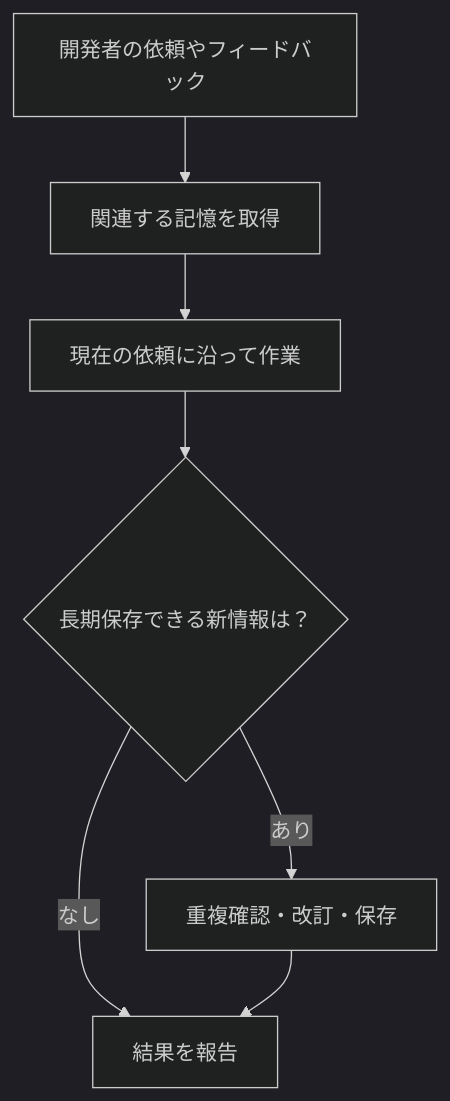
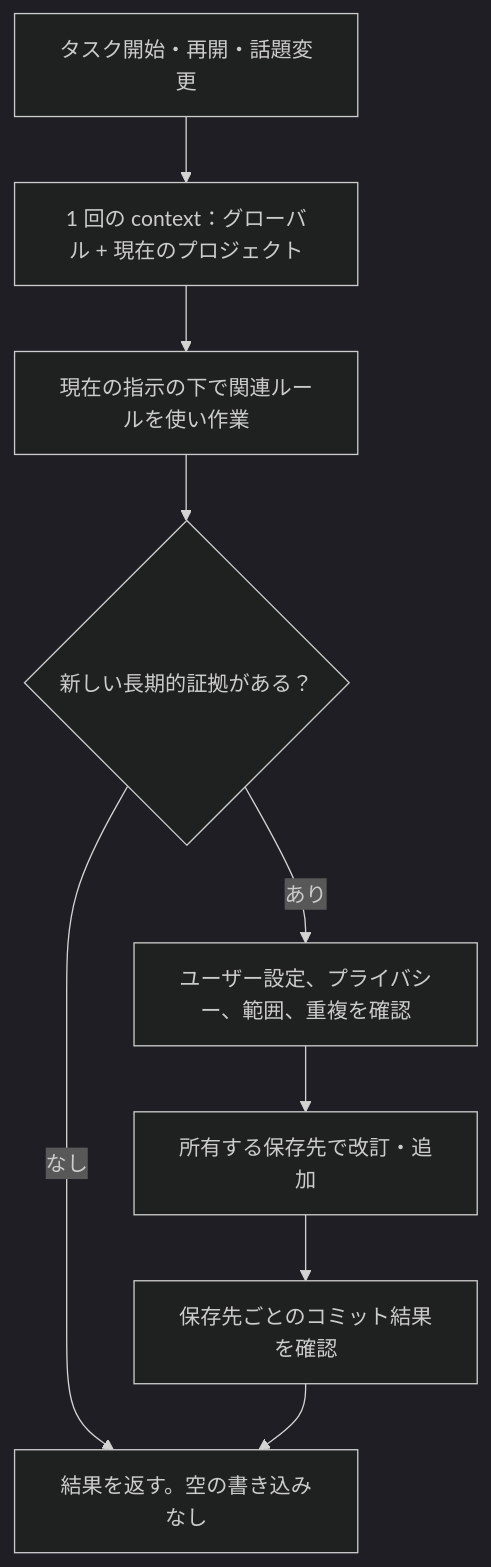
One commit to chrisstarr7/dev-memory changed the second of 3 diagrams in docs/readme/README.ja.md. Above: the diagram before and after it, drawn with Mermaid (dark theme). The commit also changed other lines of this file and 17 other files, not shown here.

````diff
--- a/docs/readme/README.ja.md
+++ b/docs/readme/README.ja.md
@@ -63,9 +82,11 @@
 ```mermaid
 flowchart TD
-    A["開発者の依頼やフィードバック"] --> B["関連する記憶を取得"]
-    B --> C["現在の依頼に沿って作業"]
-    C --> D{"長期保存できる新情報は？"}
-    D -- "あり" --> E["重複確認・改訂・保存"]
-    D -- "なし" --> F["結果を報告"]
-    E --> F
+    R["タスク開始・再開・話題変更"] --> L["1 回の context：グローバル + 現在のプロジェクト"]
+    L --> W["現在の指示の下で関連ルールを使い作業"]
+    W --> E{"新しい長期的証拠がある？"}
+    E -- "なし" --> F["結果を返す。空の書き込みなし"]
+    E -- "あり" --> J["ユーザー設定、プライバシー、範囲、重複を確認"]
+    J --> B["所有する保存先で改訂・追加"]
+    B --> K["保存先ごとのコミット結果を確認"]
+    K --> F
 ```
````
